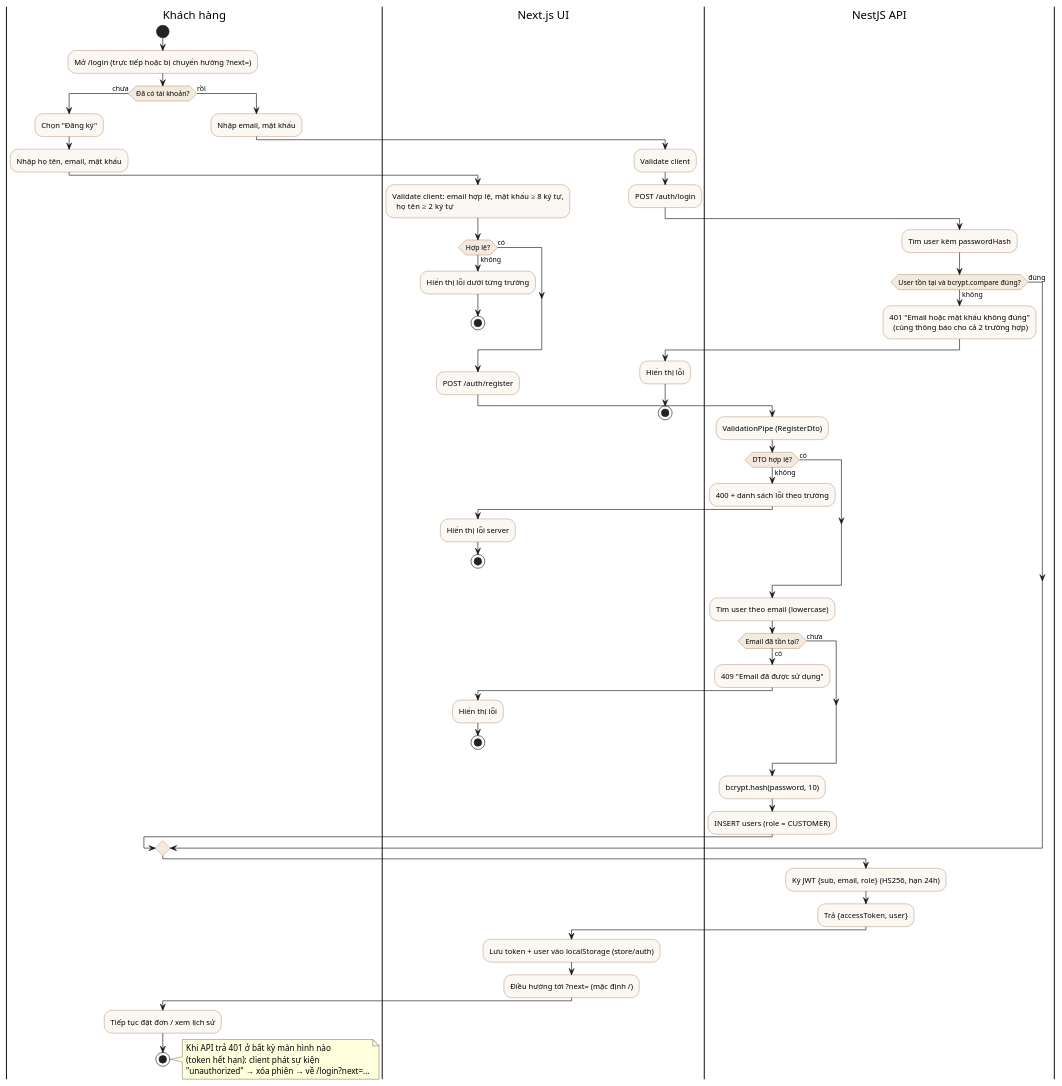
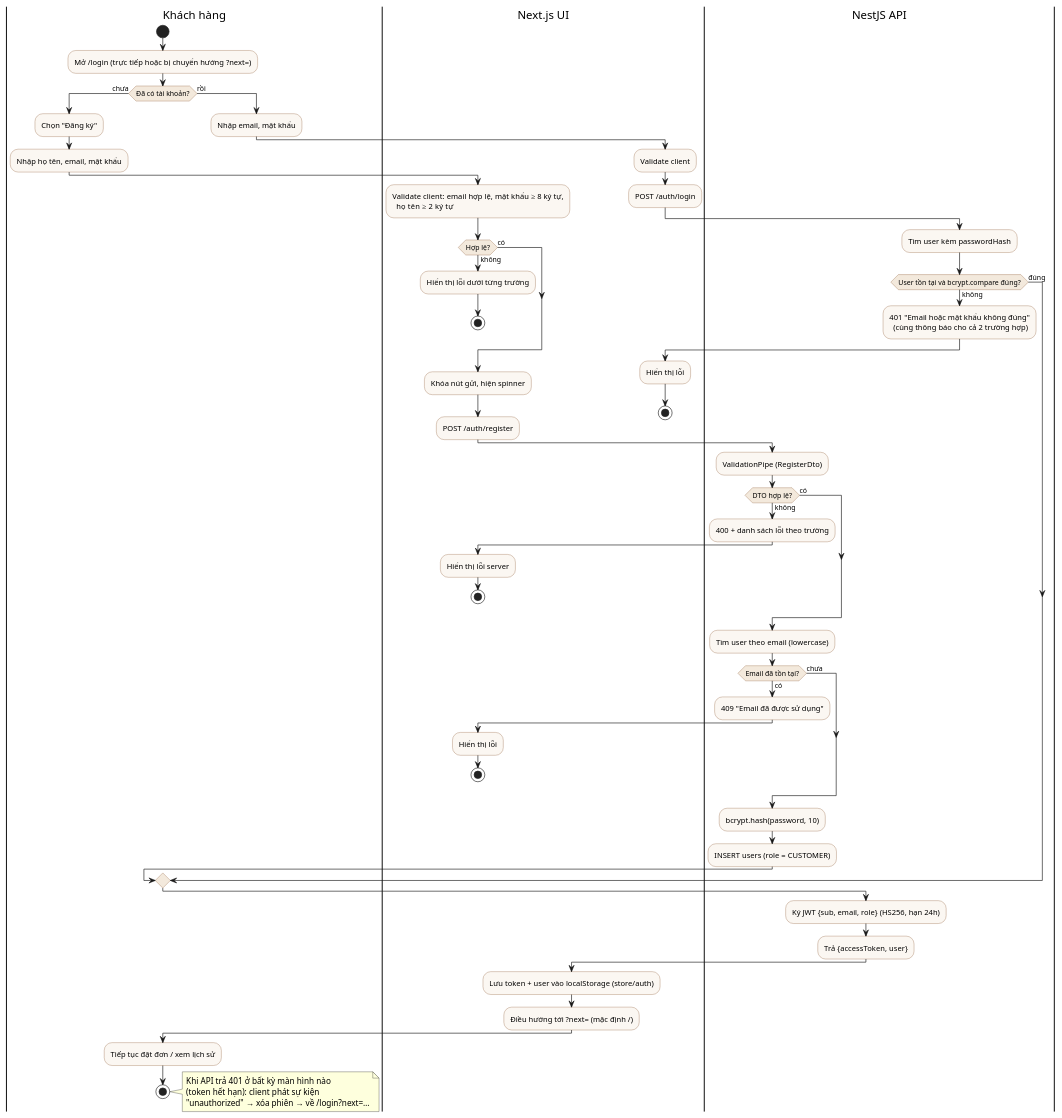
The diagram in docs/diagrams/activity-auth.puml (LHTCoder/brewlite), drawn with PlantUML before and after one commit. The commit also changed 8 other files, not shown here.

```diff
--- a/docs/diagrams/activity-auth.puml
+++ b/docs/diagrams/activity-auth.puml
@@ -1,73 +1,74 @@
 @startuml activity-auth
 ' Activity-04: Đăng ký / Đăng nhập và cấp JWT (FR-04)
 skinparam ActivityBackgroundColor #FBF7F2
 skinparam ActivityBorderColor #8A5733
 skinparam ActivityDiamondBackgroundColor #F3E9DC
 |Khách hàng|
 start
 :Mở /login (trực tiếp hoặc bị chuyển hướng ?next=);
 if (Đã có tài khoản?) then (chưa)
   :Chọn "Đăng ký";
   :Nhập họ tên, email, mật khẩu;
   |Next.js UI|
   :Validate client: email hợp lệ, mật khẩu ≥ 8 ký tự,
     họ tên ≥ 2 ký tự;
   if (Hợp lệ?) then (không)
     :Hiển thị lỗi dưới từng trường;
     stop
   else (có)
   endif
+  :Khóa nút gửi, hiện spinner;
   :POST /auth/register;
   |NestJS API|
   :ValidationPipe (RegisterDto);
   if (DTO hợp lệ?) then (không)
     :400 + danh sách lỗi theo trường;
     |Next.js UI|
     :Hiển thị lỗi server;
     stop
   else (có)
   endif
   |NestJS API|
   :Tìm user theo email (lowercase);
   if (Email đã tồn tại?) then (có)
     :409 "Email đã được sử dụng";
     |Next.js UI|
     :Hiển thị lỗi;
     stop
   else (chưa)
   endif
   |NestJS API|
   :bcrypt.hash(password, 10);
   :INSERT users (role = CUSTOMER);
 else (rồi)
   |Khách hàng|
   :Nhập email, mật khẩu;
   |Next.js UI|
   :Validate client;
   :POST /auth/login;
   |NestJS API|
   :Tìm user kèm passwordHash;
   if (User tồn tại và bcrypt.compare đúng?) then (không)
     :401 "Email hoặc mật khẩu không đúng"
       (cùng thông báo cho cả 2 trường hợp);
     |Next.js UI|
     :Hiển thị lỗi;
     stop
   else (đúng)
   endif
 endif
 |NestJS API|
 :Ký JWT {sub, email, role} (HS256, hạn 24h);
 :Trả {accessToken, user};
 |Next.js UI|
 :Lưu token + user vào localStorage (store/auth);
 :Điều hướng tới ?next= (mặc định /);
 |Khách hàng|
 :Tiếp tục đặt đơn / xem lịch sử;
 stop
 note right
 Khi API trả 401 ở bất kỳ màn hình nào
 (token hết hạn): client phát sự kiện
 "unauthorized" → xóa phiên → về /login?next=…
 end note
 @enduml
```
